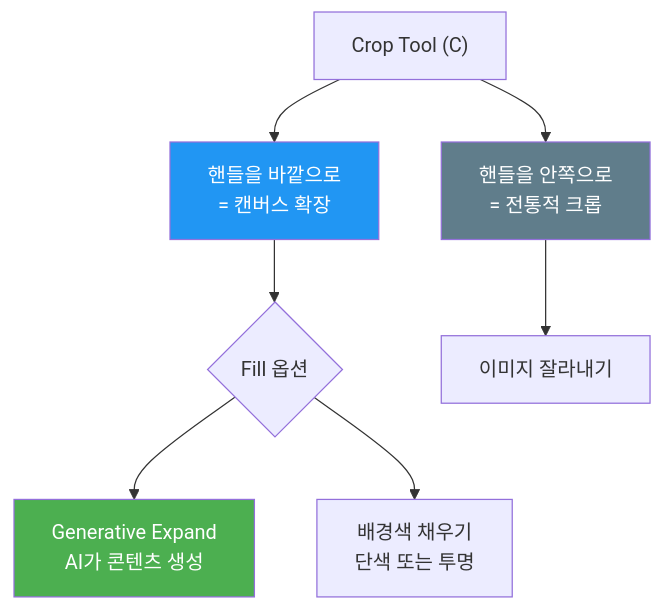
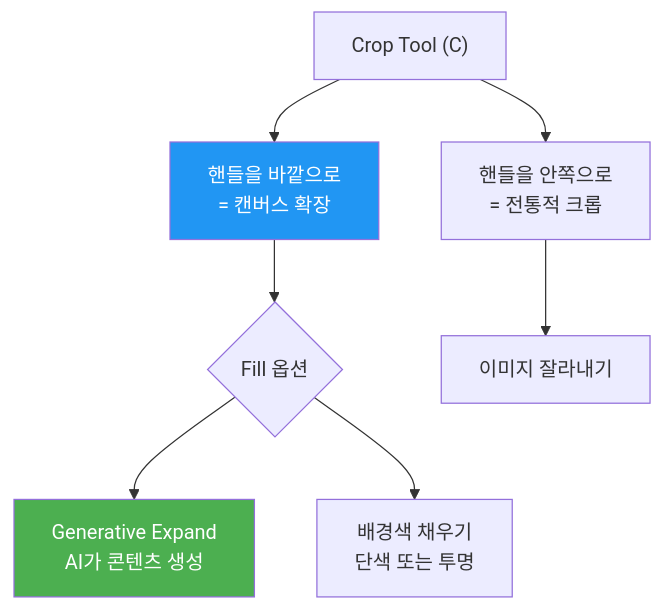
One commit to jsonpassion/forge-tutorial-promptcanvas changed the second of 3 diagrams in 09-ch9-adobe-photoshop-firefly-리터치-워크플로우/03-03-generative-expand와-이미지-확장.md. Above: the diagram before and after it, drawn with Mermaid. The commit also changed other lines of this file and 63 other files, not shown here.

````diff
--- a/09-ch9-adobe-photoshop-firefly-리터치-워크플로우/03-03-generative-expand와-이미지-확장.md
+++ b/09-ch9-adobe-photoshop-firefly-리터치-워크플로우/03-03-generative-expand와-이미지-확장.md
@@ -57,13 +39,12 @@
 ```mermaid
 flowchart TD
     CT["Crop Tool (C)"] --> IN["핸들을 안쪽으로<br/>= 전통적 크롭"]
     CT --> OUT["핸들을 바깥으로<br/>= 캔버스 확장"]
     OUT --> FILL_OPT{"Fill 옵션"}
     FILL_OPT --> GE["Generative Expand<br/>AI가 콘텐츠 생성"]
     FILL_OPT --> BG["배경색 채우기<br/>단색 또는 투명"]
     IN --> CROP["이미지 잘라내기"]
 
     style GE fill:#4CAF50,color:#fff
-    style IN fill:#607D8B,color:#fff
     style OUT fill:#2196F3,color:#fff
 ```
````
